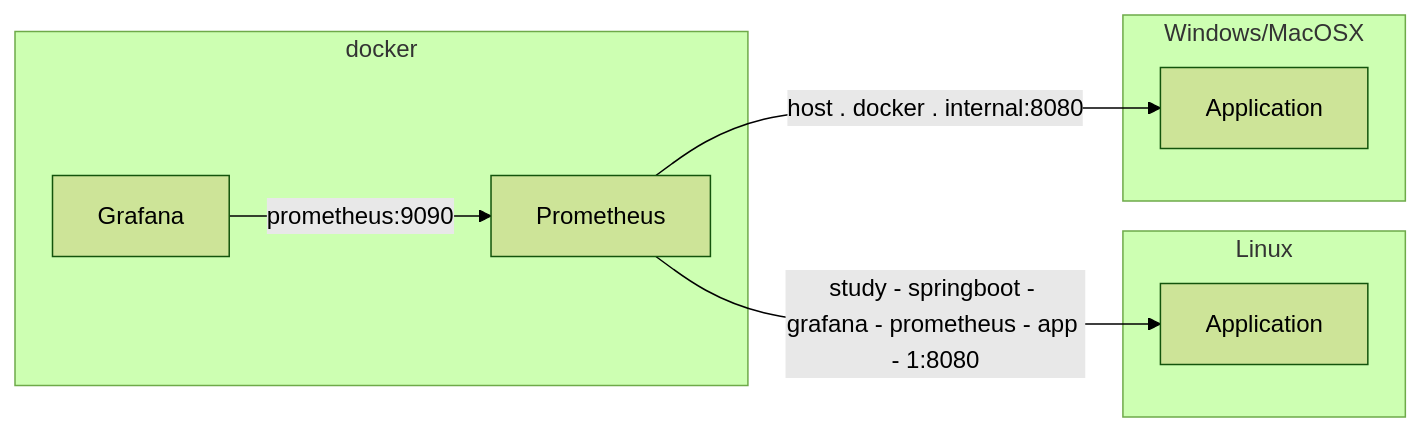
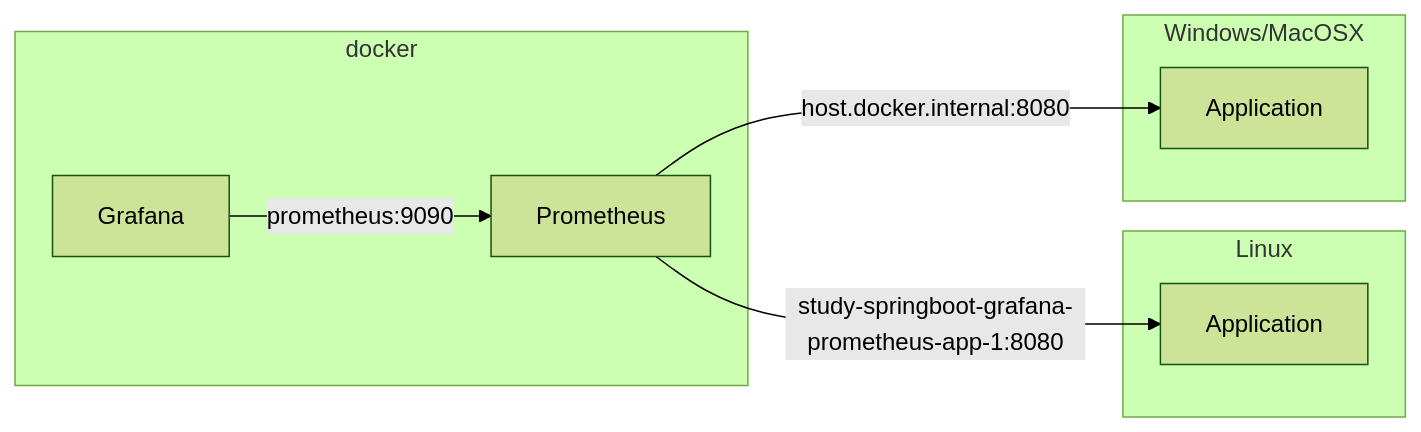
One commit to marciovmartins/study-springboot-grafana-prometheus changed the diagram in README.md. Above: the diagram before and after it, drawn with Mermaid (forest theme).

Commit message:
Fixing Intellij auto-format for mermaid syntax.

````diff
--- a/README.md
+++ b/README.md
@@ -51,16 +51,16 @@
 ```mermaid
 graph LR
     subgraph Linux
         A[Application]
     end
 
     subgraph Windows/MacOSX
         B[Application]
     end
 
     subgraph docker
-        P[Prometheus] -- study - springboot - grafana - prometheus - app - 1:8080 --> A
-        P[Prometheus] -- host . docker . internal:8080 --> B
-        G[Grafana] -- prometheus:9090 --> P
+        P[Prometheus] -- " study-springboot-grafana-prometheus-app-1:8080 " --> A
+        P[Prometheus] -- " host.docker.internal:8080 " --> B
+        G[Grafana] -- " prometheus:9090 " --> P
     end
 ```
````
